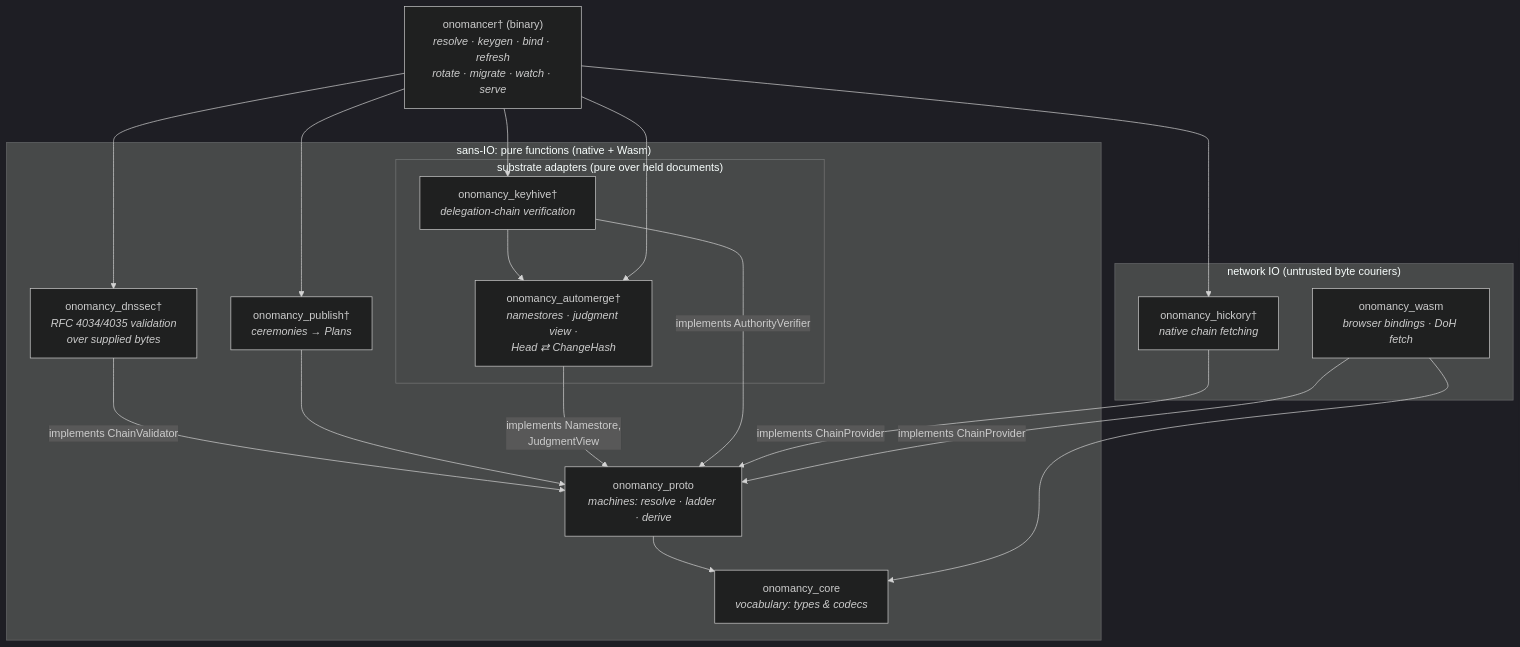
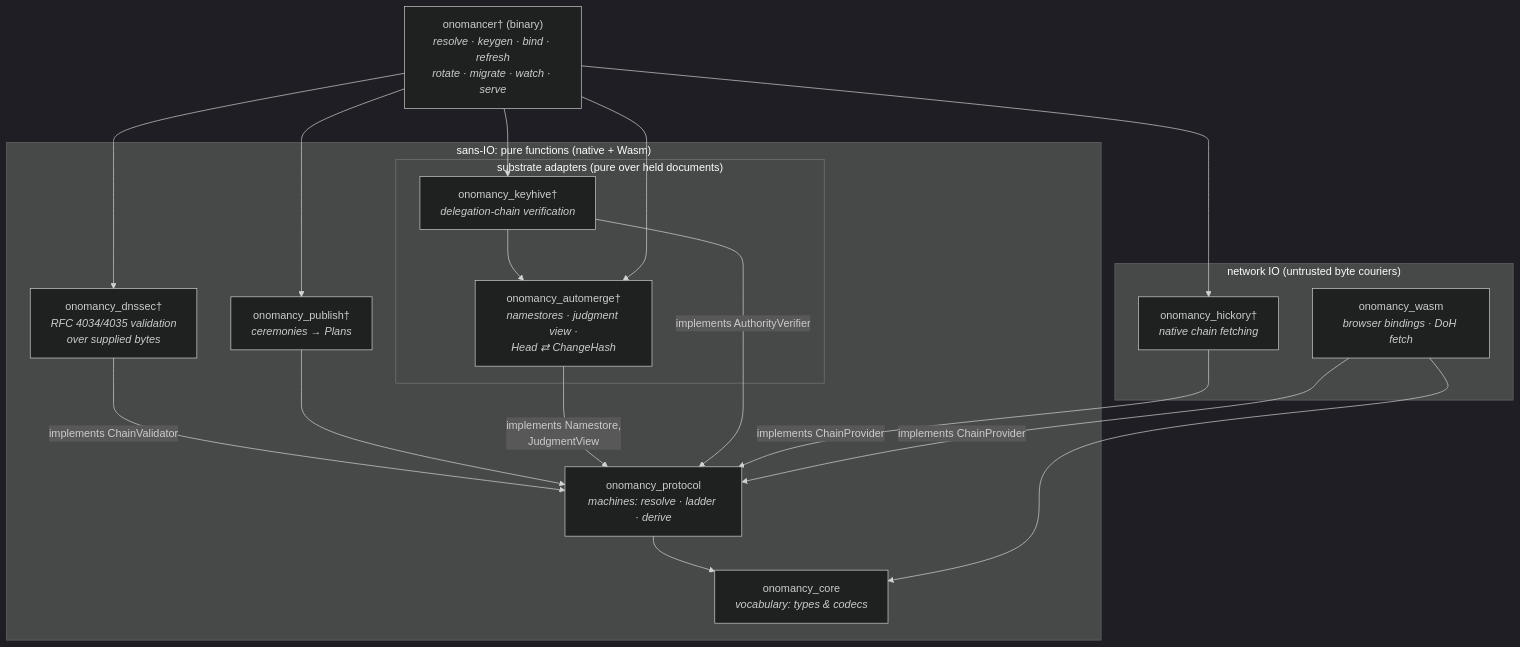
The diagram in README.md (inkandswitch/onomancy), drawn with Mermaid (dark theme) before and after one commit. The commit also changed other lines of this file and 30 other files, not shown here.

Commit message:
Rename onomancy_proto to onomancy_protocol

````diff
--- a/README.md
+++ b/README.md
@@ -38,36 +38,36 @@
 ```mermaid
 graph TD
     subgraph pure ["sans-IO: pure functions (native + Wasm)"]
         core["onomancy_core<br/><i>vocabulary: types & codecs</i>"]
-        proto["onomancy_proto<br/><i>machines: resolve · ladder · derive</i>"]
+        proto["onomancy_protocol<br/><i>machines: resolve · ladder · derive</i>"]
         dnssec["onomancy_dnssec†<br/><i>RFC 4034/4035 validation<br/>over supplied bytes</i>"]
         publish["onomancy_publish†<br/><i>ceremonies → Plans</i>"]
 
         subgraph adapters ["substrate adapters (pure over held documents)"]
             automerge["onomancy_automerge†<br/><i>namestores · judgment view ·<br/>Head ⇄ ChangeHash</i>"]
             keyhive["onomancy_keyhive†<br/><i>delegation-chain verification</i>"]
         end
     end
 
     subgraph network ["network IO (untrusted byte couriers)"]
         hickory["onomancy_hickory†<br/><i>native chain fetching</i>"]
         wasm["onomancy_wasm<br/><i>browser bindings · DoH fetch</i>"]
     end
 
     onomancer["onomancer† (binary)<br/><i>resolve · keygen · bind · refresh<br/>rotate · migrate · watch · serve</i>"]
 
     proto --> core
     dnssec -- "implements ChainValidator" --> proto
     publish --> proto
     automerge -- "implements Namestore,<br/>JudgmentView" --> proto
     keyhive -- "implements AuthorityVerifier" --> proto
     keyhive --> automerge
     hickory -- "implements ChainProvider" --> proto
     wasm --> core
     wasm -- "implements ChainProvider" --> proto
     onomancer --> publish
     onomancer --> dnssec
     onomancer --> hickory
     onomancer --> automerge
     onomancer --> keyhive
 ```
````
